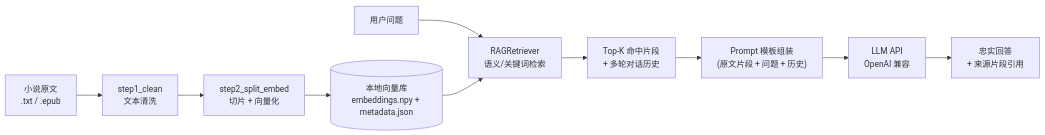
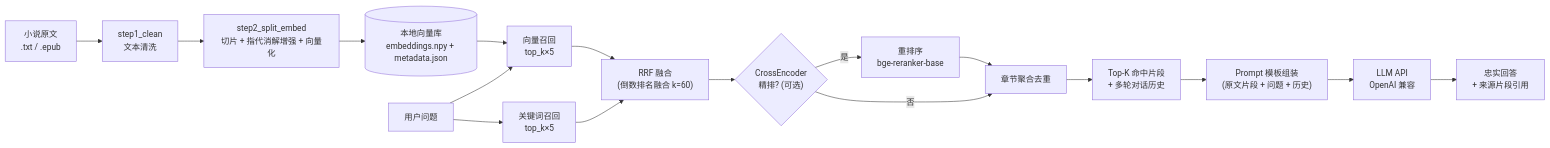
Before and after one commit to Simon-tanqi/novel-rag: the diagram in README.md, drawn with Mermaid. The commit also changed other lines of this file and 19 other files, not shown here.

First line of the commit message:
feat: 混合召回(RRF)+CrossEncoder重排, CUDA128兼容, 模型本地化, 一键环境脚本

````diff
--- a/README.md
+++ b/README.md
@@ -32,12 +32,19 @@
 ```mermaid
 flowchart LR
     A["小说原文<br/>.txt / .epub"] --> B["step1_clean<br/>文本清洗"]
-    B --> C["step2_split_embed<br/>切片 + 向量化"]
+    B --> C["step2_split_embed<br/>切片 + 指代消解增强 + 向量化"]
     C --> D[("本地向量库<br/>embeddings.npy + metadata.json")]
-    Q["用户问题"] --> E["RAGRetriever<br/>语义/关键词检索"]
-    D --> E
-    E --> F["Top-K 命中片段<br/>+ 多轮对话历史"]
-    F --> G["Prompt 模板组装<br/>(原文片段 + 问题 + 历史)"]
-    G --> H["LLM API<br/>OpenAI 兼容"]
-    H --> I["忠实回答<br/>+ 来源片段引用"]
+    Q["用户问题"] --> E1["向量召回<br/>top_k×5"]
+    Q --> E2["关键词召回<br/>top_k×5"]
+    D --> E1
+    E1 --> F["RRF 融合<br/>(倒数排名融合 k=60)"]
+    E2 --> F
+    F --> G{"CrossEncoder<br/>精排? (可选)"}
+    G -->|是| H["重排序<br/>bge-reranker-base"]
+    G -->|否| I["章节聚合去重"]
+    H --> I
+    I --> J["Top-K 命中片段<br/>+ 多轮对话历史"]
+    J --> K["Prompt 模板组装<br/>(原文片段 + 问题 + 历史)"]
+    K --> L["LLM API<br/>OpenAI 兼容"]
+    L --> M["忠实回答<br/>+ 来源片段引用"]
 ```
````
